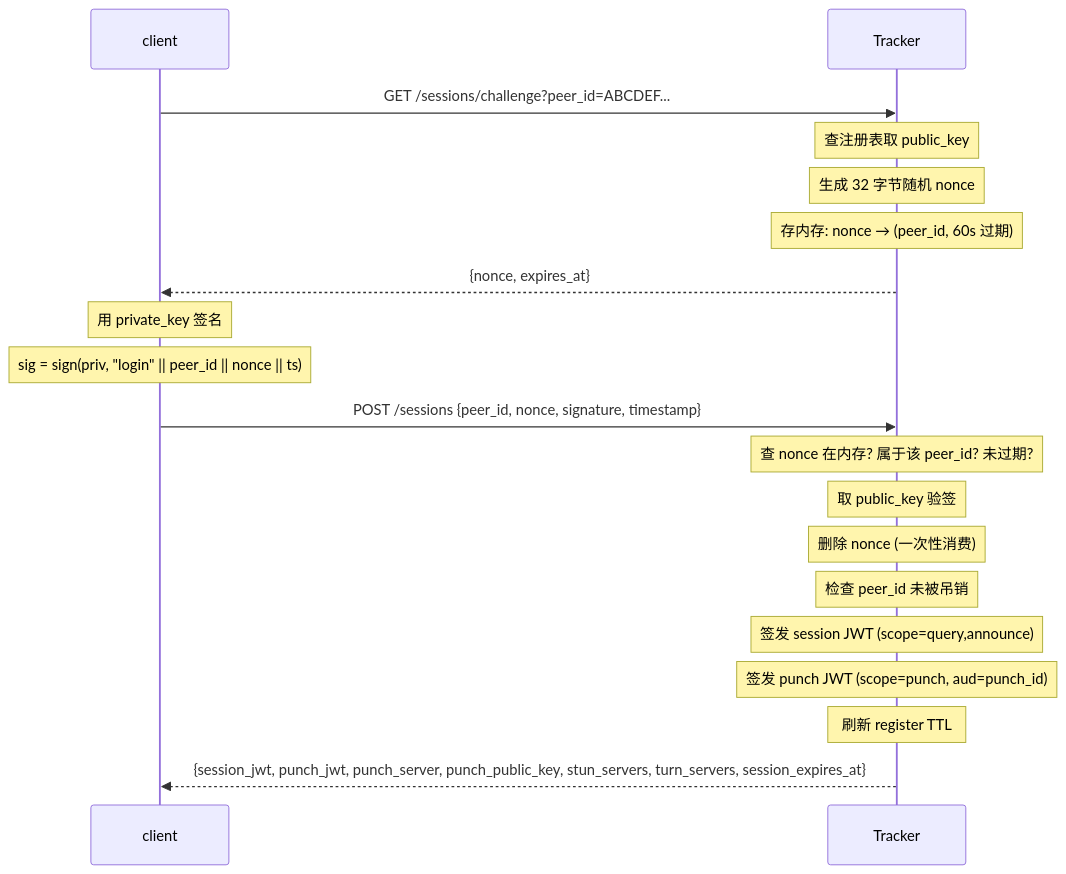
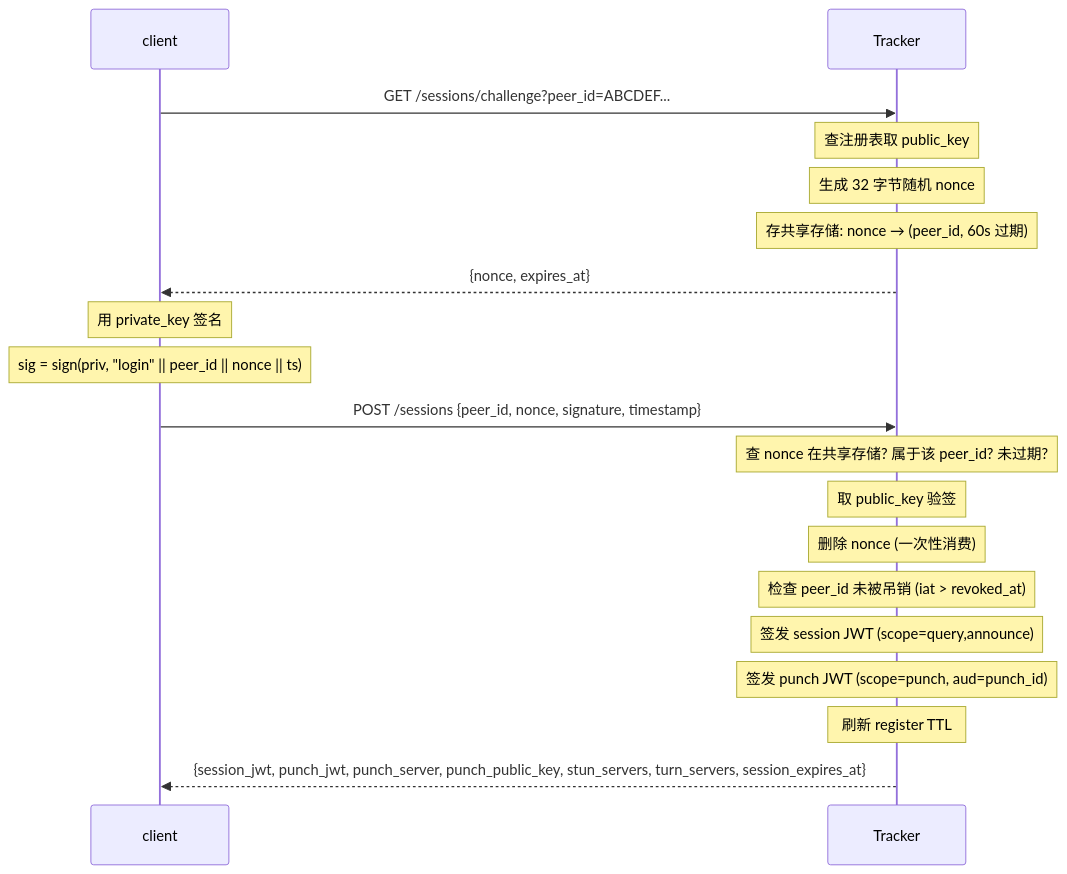
One commit to mivinci/p2p changed the fourth of 15 diagrams in docs/design/p2p-technical.md. Above: the diagram before and after it, drawn with Mermaid. The commit also changed other lines of this file and 1 other file, not shown here.

````diff
--- a/docs/design/p2p-technical.md
+++ b/docs/design/p2p-technical.md
@@ -505,24 +551,24 @@
 ```mermaid
 sequenceDiagram
     participant C as client
     participant T as Tracker
 
     C->>T: GET /sessions/challenge?peer_id=ABCDEF...
     Note over T: 查注册表取 public_key
     Note over T: 生成 32 字节随机 nonce
-    Note over T: 存内存: nonce → (peer_id, 60s 过期)
+    Note over T: 存共享存储: nonce → (peer_id, 60s 过期)
     T-->>C: {nonce, expires_at}
 
     Note over C: 用 private_key 签名
     Note over C: sig = sign(priv, "login" || peer_id || nonce || ts)
 
     C->>T: POST /sessions {peer_id, nonce, signature, timestamp}
-    Note over T: 查 nonce 在内存? 属于该 peer_id? 未过期?
+    Note over T: 查 nonce 在共享存储? 属于该 peer_id? 未过期?
     Note over T: 取 public_key 验签
     Note over T: 删除 nonce (一次性消费)
-    Note over T: 检查 peer_id 未被吊销
+    Note over T: 检查 peer_id 未被吊销 (iat > revoked_at)
     Note over T: 签发 session JWT (scope=query,announce)
     Note over T: 签发 punch JWT (scope=punch, aud=punch_id)
     Note over T: 刷新 register TTL
     T-->>C: {session_jwt, punch_jwt, punch_server, punch_public_key, stun_servers, turn_servers, session_expires_at}
 ```
````
